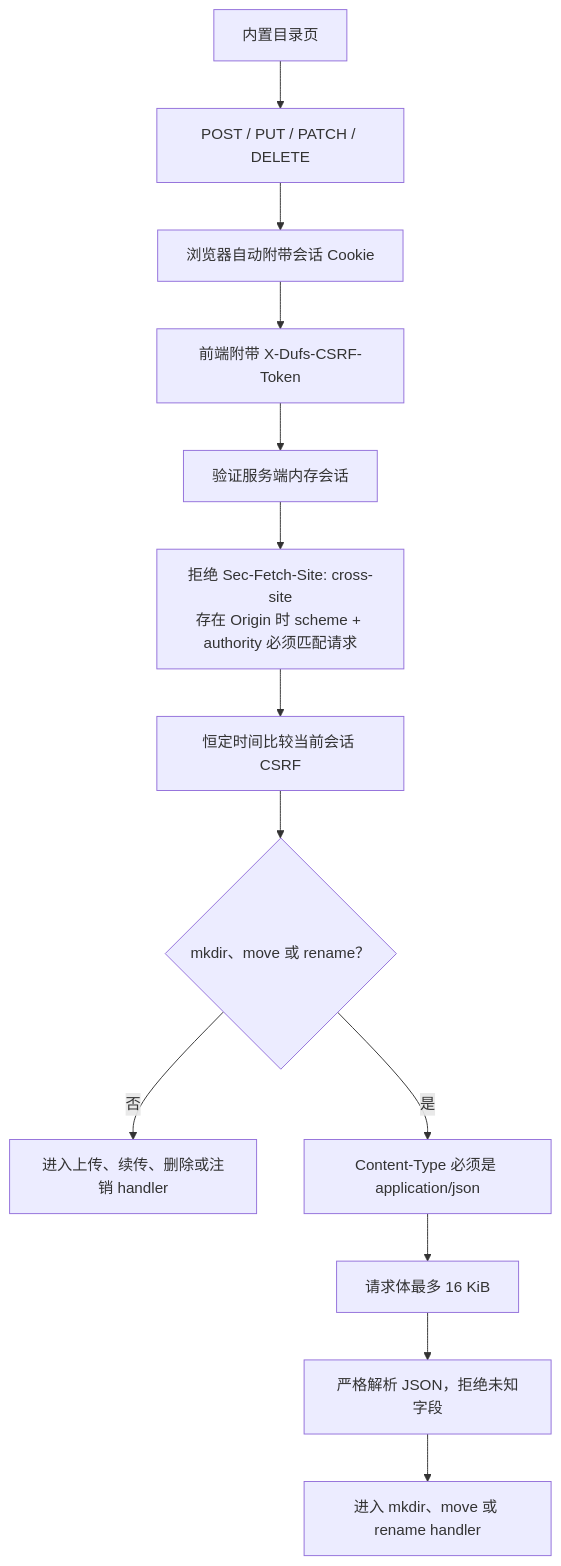
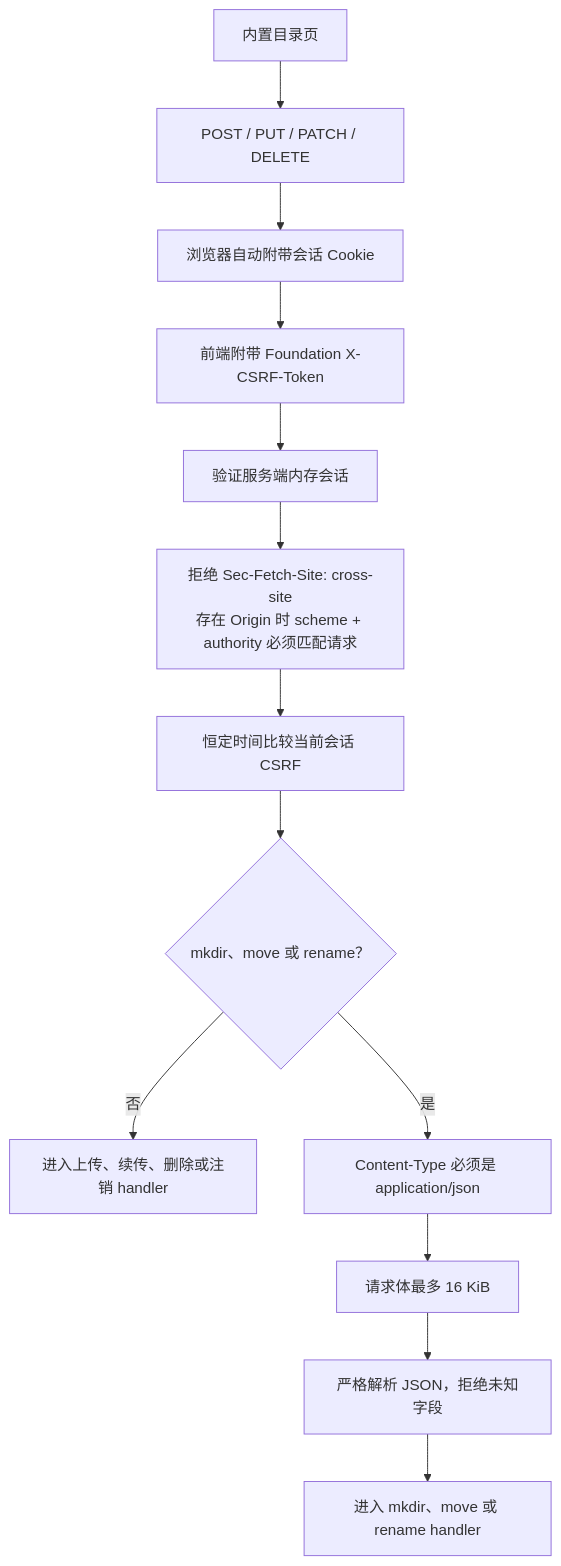
One commit to isarmg/dufs-ram changed diagram 11 of 22 in docs/project-workflow.md. Above: the diagram before and after it, drawn with Mermaid. The commit also changed other lines of this file and 17 other files, not shown here.

````diff
--- a/docs/project-workflow.md
+++ b/docs/project-workflow.md
@@ -454,15 +461,15 @@
 ```mermaid
 flowchart TD
     UI["内置目录页"] --> WRITE["POST / PUT / PATCH / DELETE"]
     WRITE --> COOKIE["浏览器自动附带会话 Cookie"]
-    COOKIE --> HEADER["前端附带 X-Dufs-CSRF-Token"]
+    COOKIE --> HEADER["前端附带 Foundation X-CSRF-Token"]
     HEADER --> SESSION["验证服务端内存会话"]
     SESSION --> SOURCE["拒绝 Sec-Fetch-Site: cross-site<br/>存在 Origin 时 scheme + authority 必须匹配请求"]
     SOURCE --> VERIFY["恒定时间比较当前会话 CSRF"]
     VERIFY --> KIND{"mkdir、move 或 rename？"}
     KIND -- 否 --> WRITE_HANDLER["进入上传、续传、删除或注销 handler"]
     KIND -- 是 --> TYPE["Content-Type 必须是 application/json"]
     TYPE --> LIMIT["请求体最多 16 KiB"]
     LIMIT --> JSON["严格解析 JSON，拒绝未知字段"]
     JSON --> API_HANDLER["进入 mkdir、move 或 rename handler"]
 ```
````
